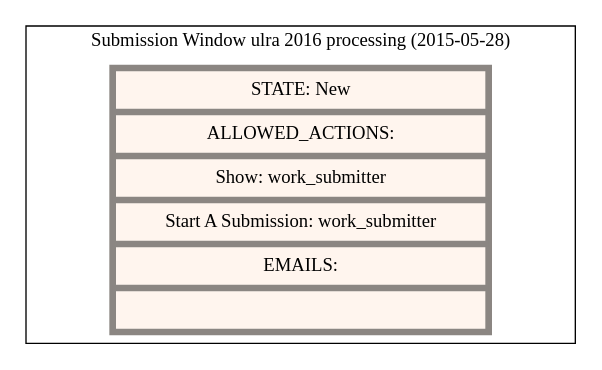
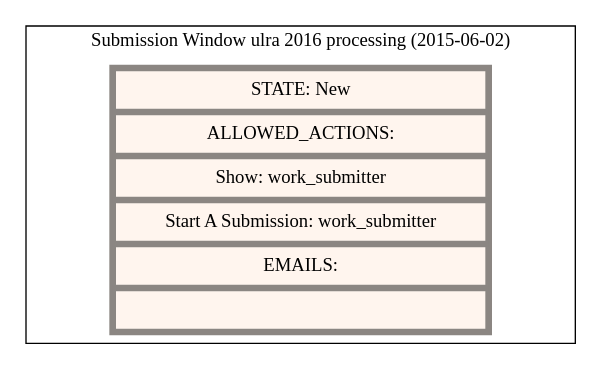
Before and after one commit to scholarworks/sipity: the diagram in artifacts/state_machines/submission-window-ulra-2016-processing.dot, drawn with Graphviz. The commit also changed 5 other files, not shown here.

First line of the commit message:
Updating state diagrams

```diff
--- a/artifacts/state_machines/submission-window-ulra-2016-processing.dot
+++ b/artifacts/state_machines/submission-window-ulra-2016-processing.dot
@@ -1,17 +1,17 @@
 digraph "G" {
   compound=true;
   node[color="grey15" margin="0.15, 0.125"];
   subgraph cluster_0 {
-    label="Submission Window ulra 2016 processing (2015-05-28)"
+    label="Submission Window ulra 2016 processing (2015-06-02)"
     node[style=filled fillcolor=white color="seashell4"]
     subgraph 0 {
       label="States";
       node[shape="record" fillcolor="seashell1" penwidth=5]
       state_new [label="{ STATE: New | ALLOWED_ACTIONS: | Show: work_submitter | Start A Submission: work_submitter | EMAILS: |  }"]
     }
     subgraph 1 {
       label="Actions"
       node[shape="record" shape=record penwidth=1]
     }
   }
 }
```
